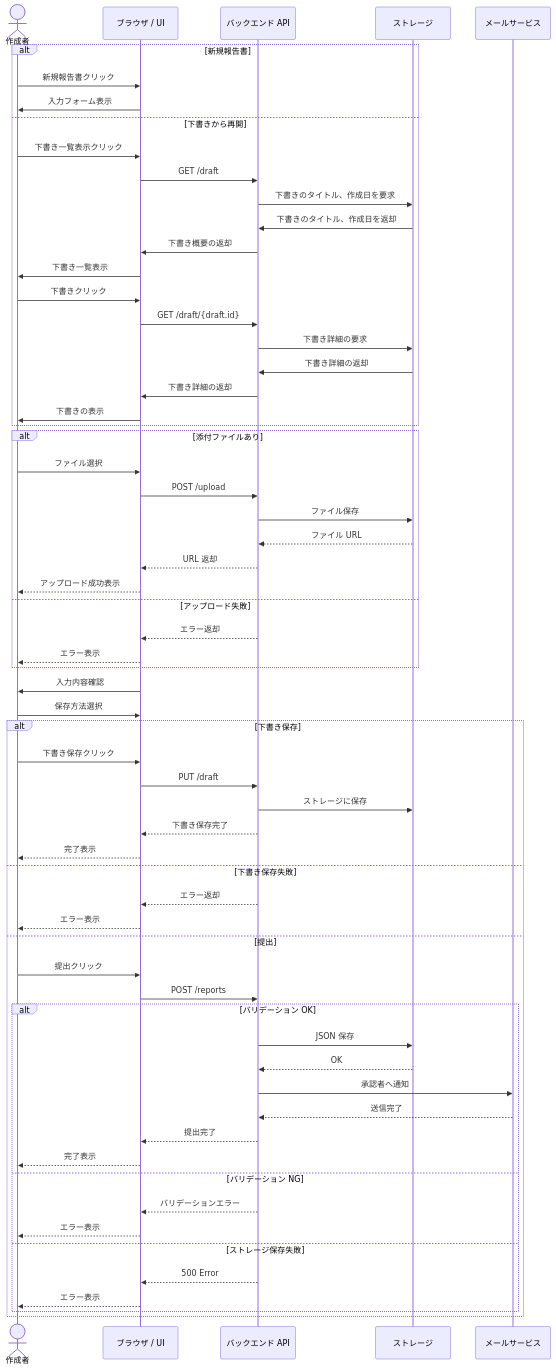
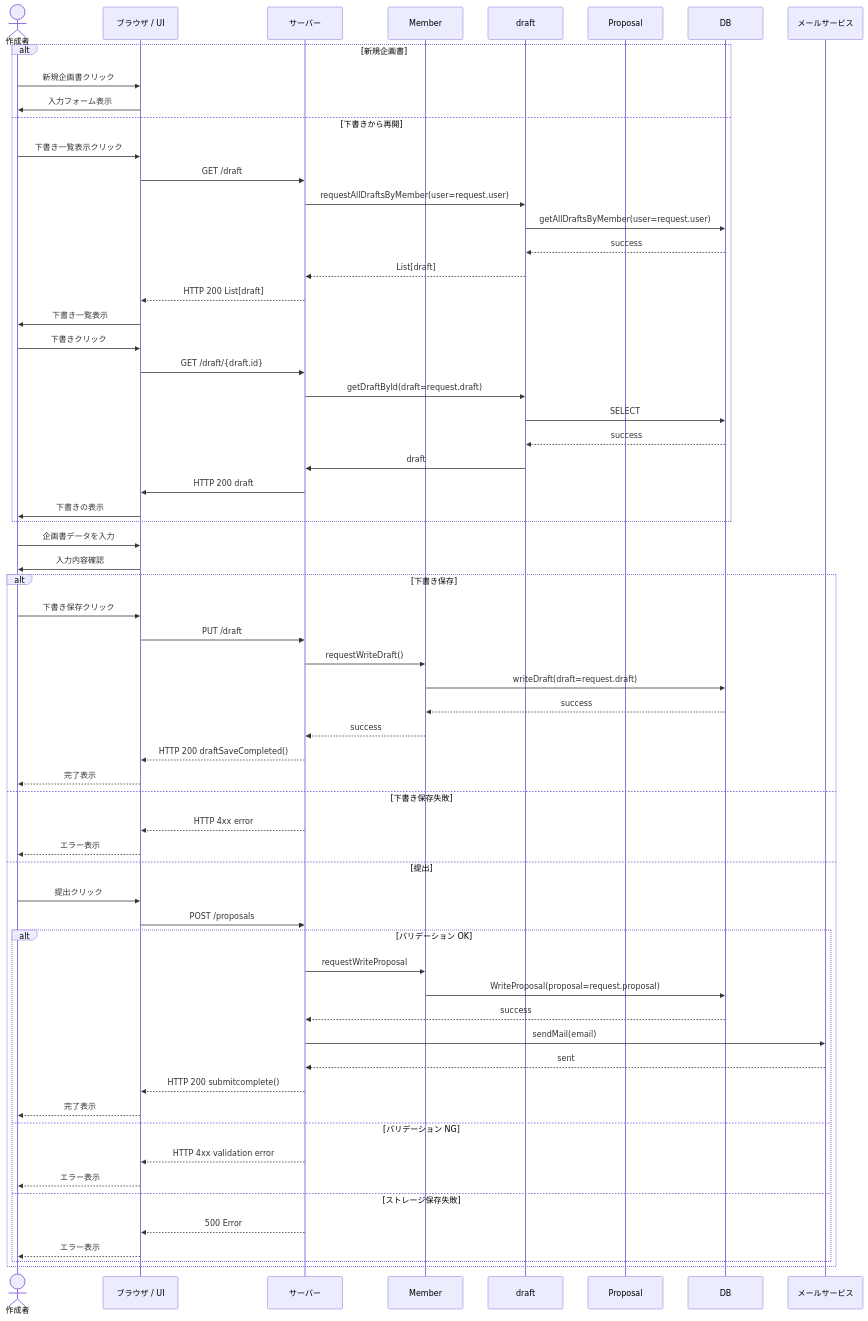
Before and after one commit to MineyamaHiyori/detailed_architect: the diagram in seq.md, drawn with Mermaid.

````diff
--- a/seq.md
+++ b/seq.md
@@ -1,66 +1,67 @@
 ```mermaid
 sequenceDiagram
     actor   User      as 作成者
     participant UI    as ブラウザ / UI
-    participant API   as バックエンド API
-    participant Store as ストレージ
+    participant Server   as サーバー
+    participant Member
+    participant draft
+    participant Proposal
+    participant DB
     participant Mail  as メールサービス
-    alt 新規報告書
-        User  ->> UI  : 新規報告書クリック
+    alt 新規企画書
+        User  ->> UI  : 新規企画書クリック
         UI    ->> User: 入力フォーム表示
     else 下書きから再開
         User  ->> UI  : 下書き一覧表示クリック
-        UI    ->> API: GET /draft
-        API   ->> Store:下書きのタイトル、作成日を要求
-        Store ->> API: 下書きのタイトル、作成日を返却
-        API ->> UI: 下書き概要の返却
+        UI    ->> Server: GET /draft
+        Server   ->> draft:requestAllDraftsByMember(user=request.user)
+        draft ->> DB:getAllDraftsByMember(user=request.user)
+        DB -->> draft: success
+        draft -->> Server:List[draft]
+        Server -->> UI:HTTP 200 List[draft]
         UI    ->> User: 下書き一覧表示
         User  ->> UI  : 下書きクリック
-        UI    ->> API: GET /draft/{draft.id}
-        API ->> Store: 下書き詳細の要求
-        Store ->> API: 下書き詳細の返却
-        API ->> UI: 下書き詳細の返却
+        UI    ->> Server: GET /draft/{draft.id}
+        Server ->> draft: getDraftById(draft=request.draft)
+        draft ->> DB:SELECT
+        DB -->> draft:success
+        draft ->> Server: draft
+        Server ->> UI:HTTP 200 draft
         UI ->> User:下書きの表示
         
     end
-    alt 添付ファイルあり
-        User  ->> UI  : ファイル選択
-        UI    ->> API : POST /upload
-        API   ->> Store: ファイル保存
-        Store -->> API : ファイル URL
-        API  -->> UI   : URL 返却
-        UI   -->> User : アップロード成功表示
-    else アップロード失敗
-        API  -->> UI   : エラー返却
-        UI   -->> User : エラー表示
-    end
+    User ->> UI   : 企画書データを入力
     UI   ->> User : 入力内容確認
-    User ->> UI   : 保存方法選択
+
     alt 下書き保存
         User ->> UI  : 下書き保存クリック
-        UI   ->> API : PUT /draft
-        API  ->> Store : ストレージに保存
-        API  -->> UI : 下書き保存完了
+        UI   ->> Server : PUT /draft
+        Server  ->> Member : requestWriteDraft()
+        Member ->> DB:writeDraft(draft=request.draft)
+        DB -->> Member:success
+        Member -->> Server:success
+        Server  -->> UI : HTTP 200 draftSaveCompleted()
         UI   -->> User: 完了表示
     else 下書き保存失敗
-        API  -->> UI   : エラー返却
+        Server  -->> UI   : HTTP 4xx error
         UI   -->> User : エラー表示
     else 提出
         User ->> UI  : 提出クリック
-        UI   ->> API : POST /reports
+        UI   ->> Server : POST /proposals
         alt バリデーション OK
-            API   ->> Store: JSON 保存
-            Store -->> API  : OK
-            API   ->> Mail : 承認者へ通知
-            Mail  -->> API : 送信完了
-            API  -->> UI  : 提出完了
+            Server   ->> Member:requestWriteProposal
+            Member ->> DB: WriteProposal(proposal=request.proposal)
+            DB -->> Server  : success
+            Server   ->> Mail : sendMail(email)
+            Mail  -->> Server : sent
+            Server  -->> UI  : HTTP 200 submitcomplete()
             UI   -->> User: 完了表示
         else バリデーション NG
-            API  -->> UI  : バリデーションエラー
+            Server  -->> UI  : HTTP 4xx validation error
             UI   -->> User: エラー表示
         else ストレージ保存失敗
-            API  -->> UI  : 500 Error
+            Server  -->> UI  : 500 Error
             UI   -->> User: エラー表示
         end
     end
 ```
````
